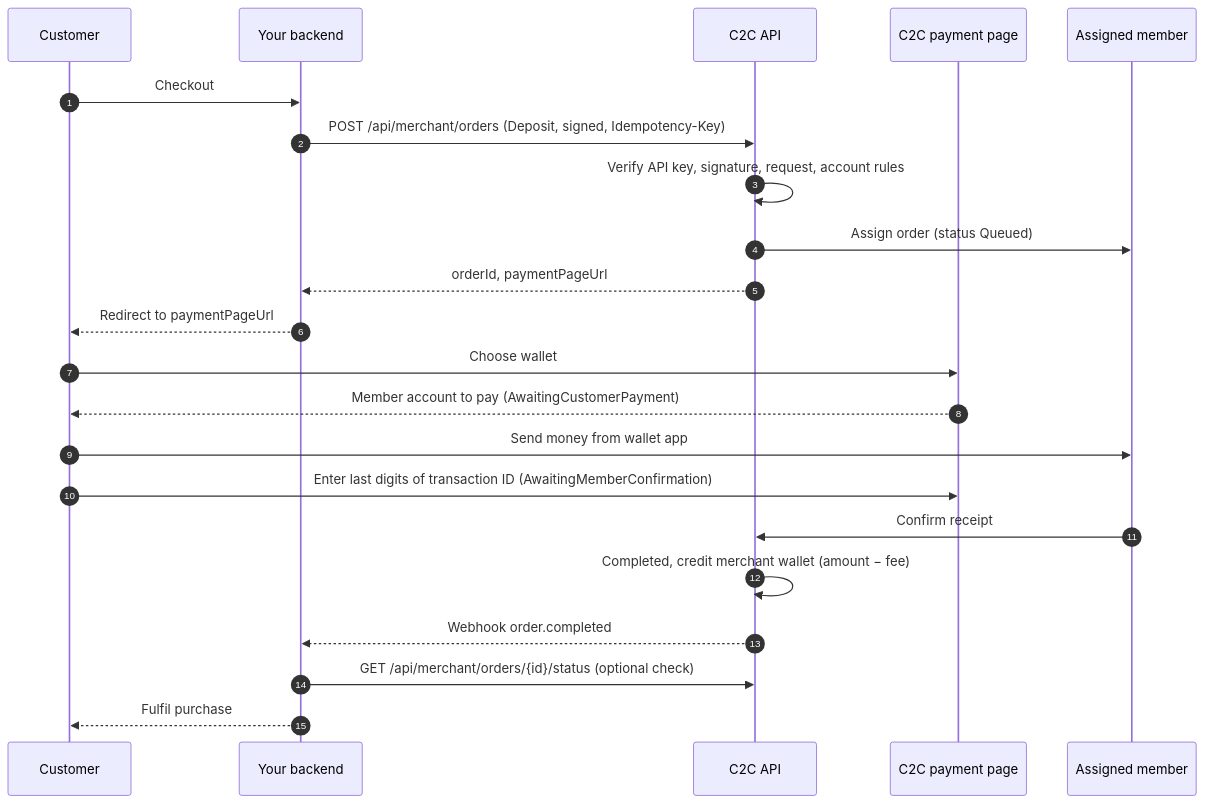
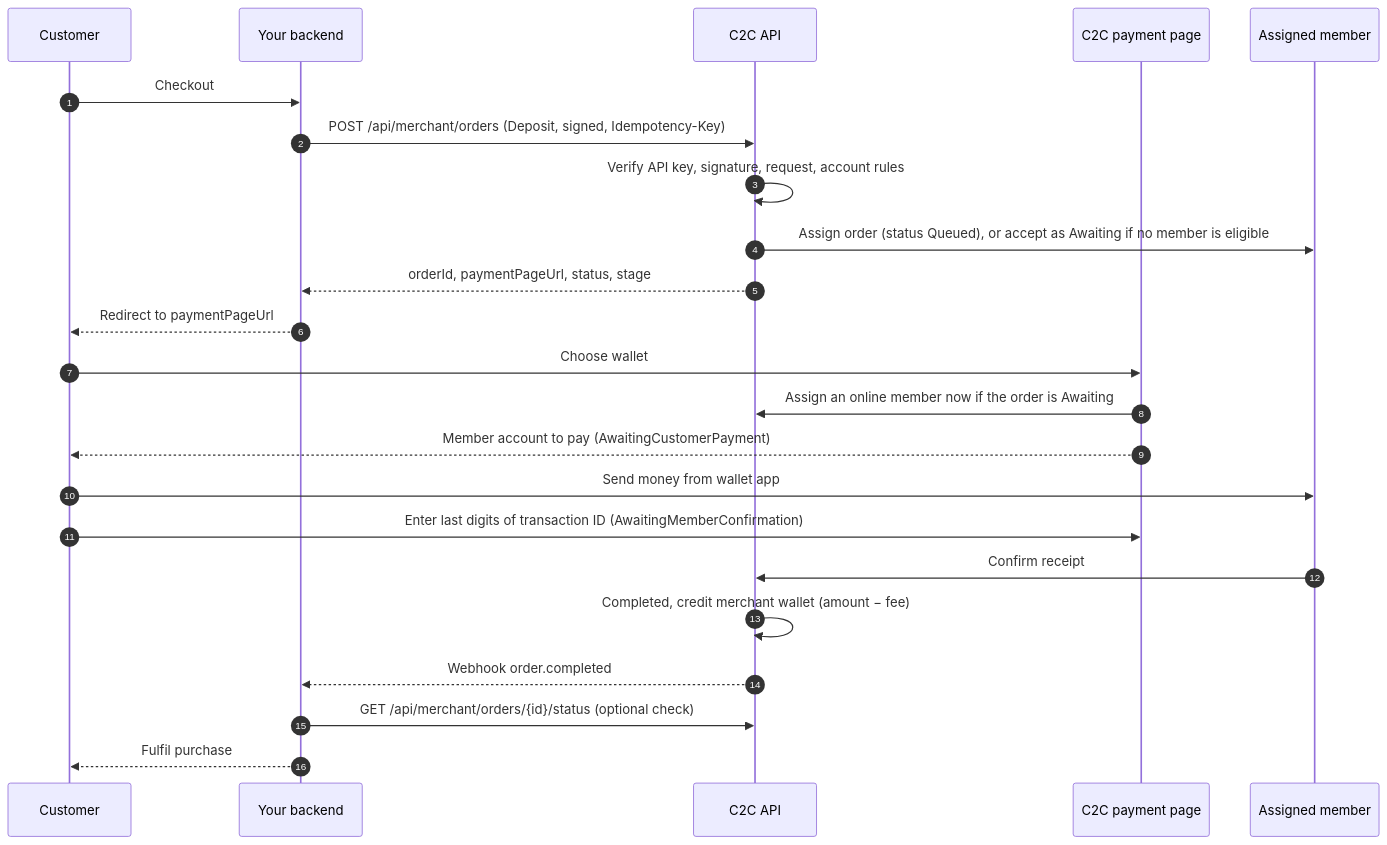
Before and after one commit to harisnaseer191/c2c-mintlify-docs: the first of 2 diagrams in guides/deposit-flow.mdx, drawn with Mermaid. The commit also changed other lines of this file and 15 other files, not shown here.

First line of the commit message:
Document order lifecycle, Awaiting queue and webhook delivery changes (#2)

````diff
--- a/guides/deposit-flow.mdx
+++ b/guides/deposit-flow.mdx
@@ -12,25 +12,26 @@
 ```mermaid
 sequenceDiagram
     autonumber
     participant Customer
     participant Merchant as Your backend
     participant C2C as C2C API
     participant Page as C2C payment page
     participant Member as Assigned member
 
     Customer->>Merchant: Checkout
     Merchant->>C2C: POST /api/merchant/orders (Deposit, signed, Idempotency-Key)
     C2C->>C2C: Verify API key, signature, request, account rules
-    C2C->>Member: Assign order (status Queued)
-    C2C-->>Merchant: orderId, paymentPageUrl
+    C2C->>Member: Assign order (status Queued), or accept as Awaiting if no member is eligible
+    C2C-->>Merchant: orderId, paymentPageUrl, status, stage
     Merchant-->>Customer: Redirect to paymentPageUrl
     Customer->>Page: Choose wallet
+    Page->>C2C: Assign an online member now if the order is Awaiting
     Page-->>Customer: Member account to pay (AwaitingCustomerPayment)
     Customer->>Member: Send money from wallet app
     Customer->>Page: Enter last digits of transaction ID (AwaitingMemberConfirmation)
     Member->>C2C: Confirm receipt
     C2C->>C2C: Completed, credit merchant wallet (amount − fee)
     C2C-->>Merchant: Webhook order.completed
     Merchant->>C2C: GET /api/merchant/orders/{id}/status (optional check)
     Merchant-->>Customer: Fulfil purchase
 ```
````
